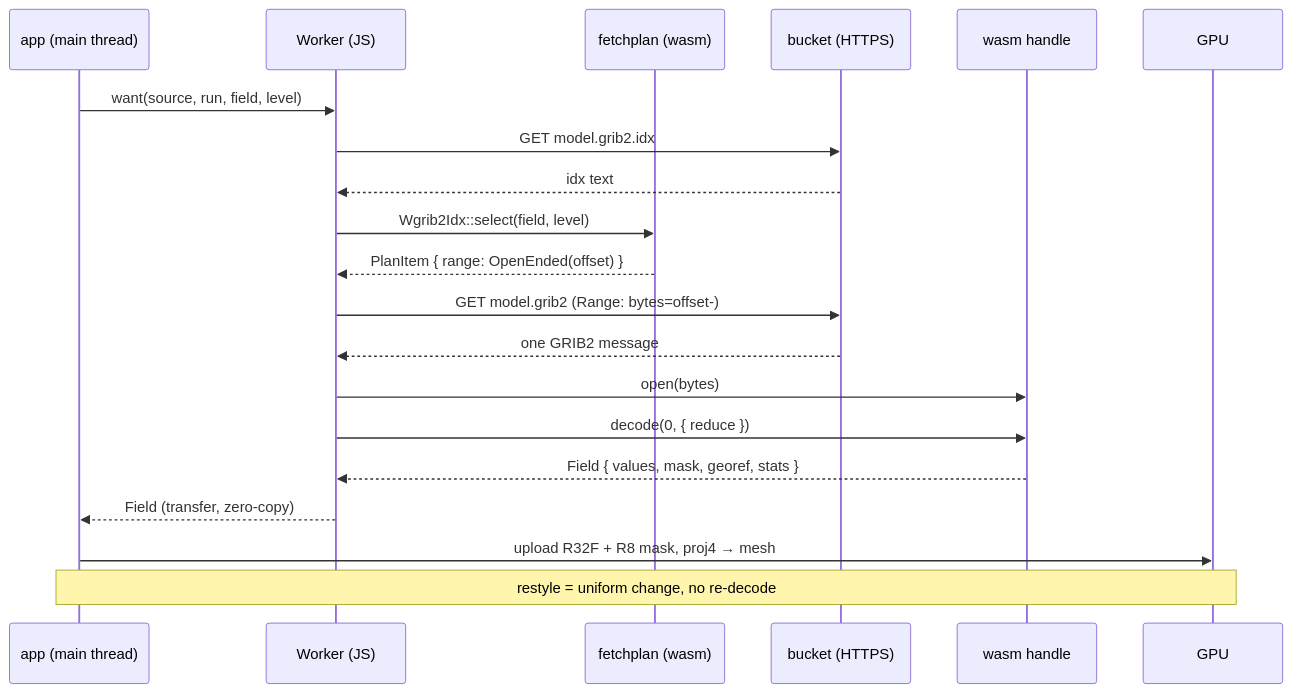
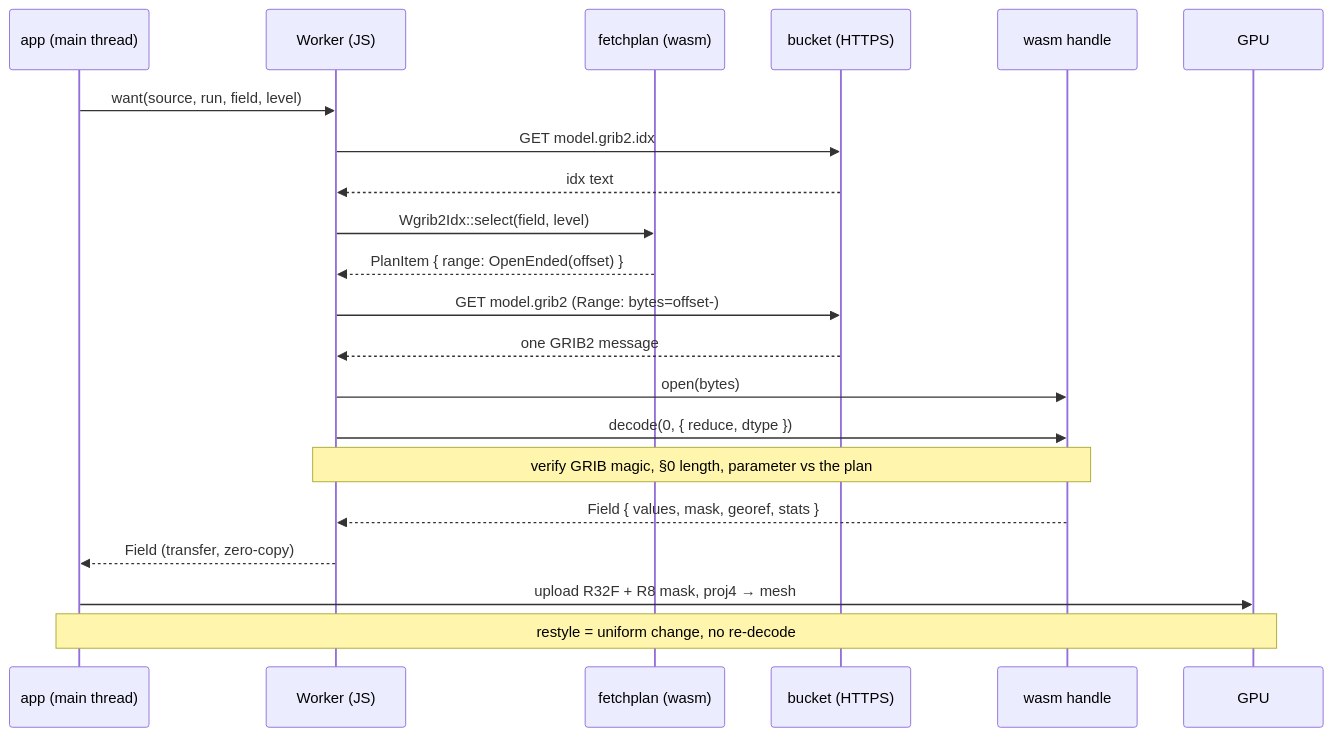
One commit to D0ubleD0uble/fieldglass changed the second of 2 diagrams in docs/architecture/planned/04-hosts.md. Above: the diagram before and after it, drawn with Mermaid. The commit also changed other lines of this file and 1 other file, not shown here.

First line of the commit message:
docs(decisions): put correctness rules into ADR-0006 and the hosts diagram

````diff
--- a/docs/architecture/planned/04-hosts.md
+++ b/docs/architecture/planned/04-hosts.md
@@ -37,23 +37,24 @@
 ```mermaid
 sequenceDiagram
     participant A as app (main thread)
     participant W as Worker (JS)
     participant P as fetchplan (wasm)
     participant B as bucket (HTTPS)
     participant H as wasm handle
     participant G as GPU
 
     A->>W: want(source, run, field, level)
     W->>B: GET model.grib2.idx
     B-->>W: idx text
     W->>P: Wgrib2Idx::select(field, level)
     P-->>W: PlanItem { range: OpenEnded(offset) }
     W->>B: GET model.grib2 (Range: bytes=offset-)
     B-->>W: one GRIB2 message
     W->>H: open(bytes)
-    W->>H: decode(0, { reduce })
+    W->>H: decode(0, { reduce, dtype })
+    Note over W,H: verify GRIB magic, §0 length, parameter vs the plan
     H-->>W: Field { values, mask, georef, stats }
     W-->>A: Field (transfer, zero-copy)
     A->>G: upload R32F + R8 mask, proj4 → mesh
     Note over A,G: restyle = uniform change, no re-decode
 ```
````
